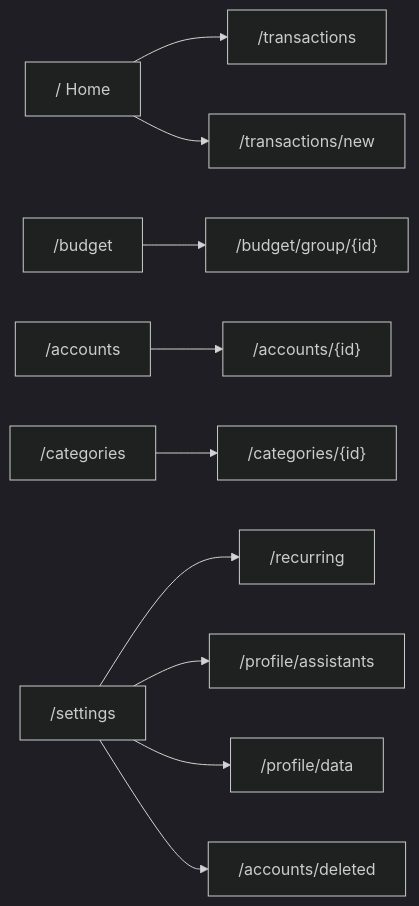
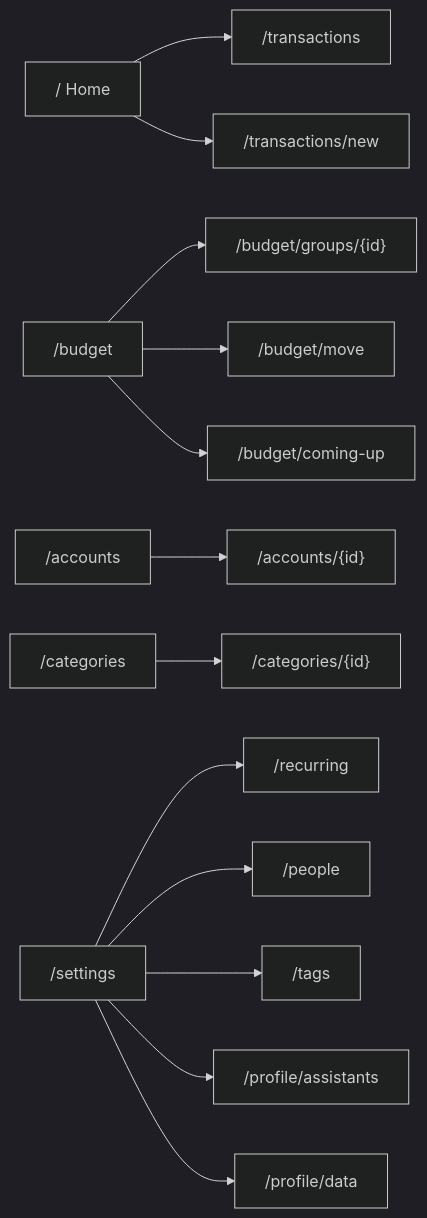
The first of 2 diagrams in docs/architecture/web-ui.md (bijeshmohan/finode), drawn with Mermaid (dark theme) before and after one commit. The commit also changed other lines of this file and 20 other files, not shown here.

````diff
--- a/docs/architecture/web-ui.md
+++ b/docs/architecture/web-ui.md
@@ -23,12 +19,15 @@
 ```mermaid
 flowchart LR
     Home["/ Home"] --> Tx["/transactions"]
     Home --> New["/transactions/new"]
-    Budget["/budget"] --> Grp["/budget/group/{id}"]
+    Budget["/budget"] --> Grp["/budget/groups/{id}"]
+    Budget --> Move["/budget/move"]
+    Budget --> Coming["/budget/coming-up"]
     Accounts["/accounts"] --> Acc["/accounts/{id}"]
     Cats["/categories"] --> Cat["/categories/{id}"]
     Settings["/settings"] --> Rec["/recurring"]
+    Settings --> People["/people"]
+    Settings --> Tags["/tags"]
     Settings --> Ass["/profile/assistants"]
     Settings --> Dat["/profile/data"]
-    Settings --> Del["/accounts/deleted"]
 ```
````
